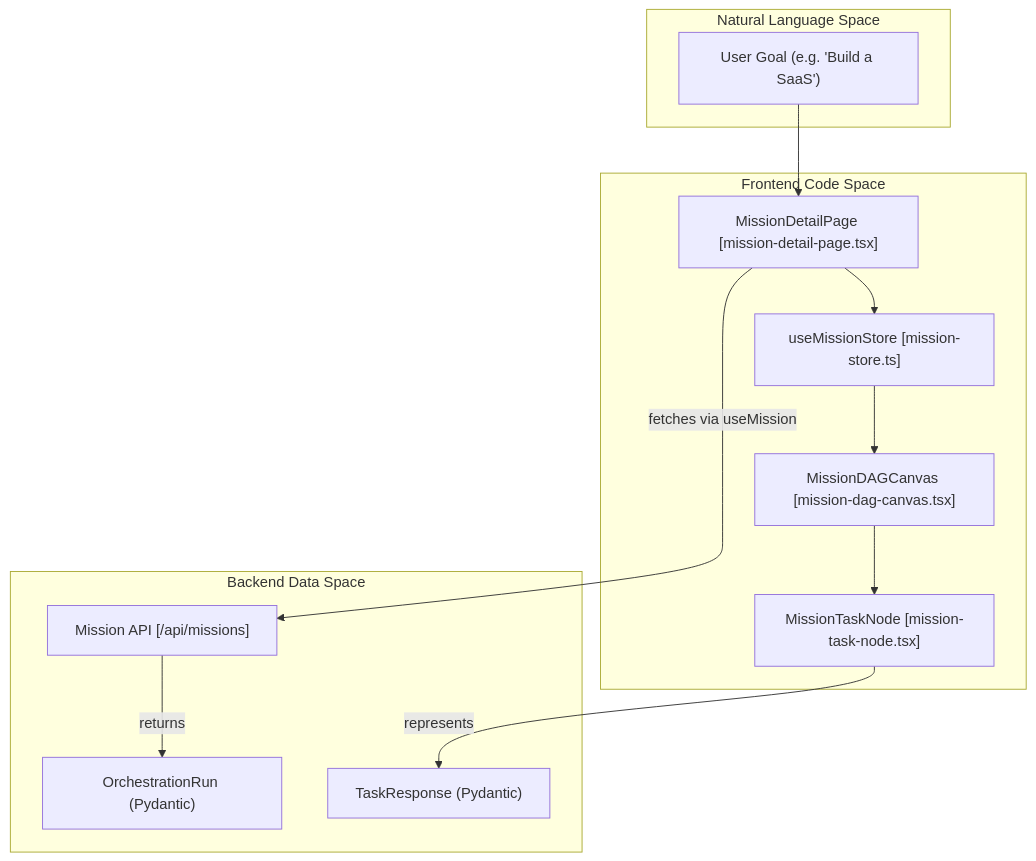
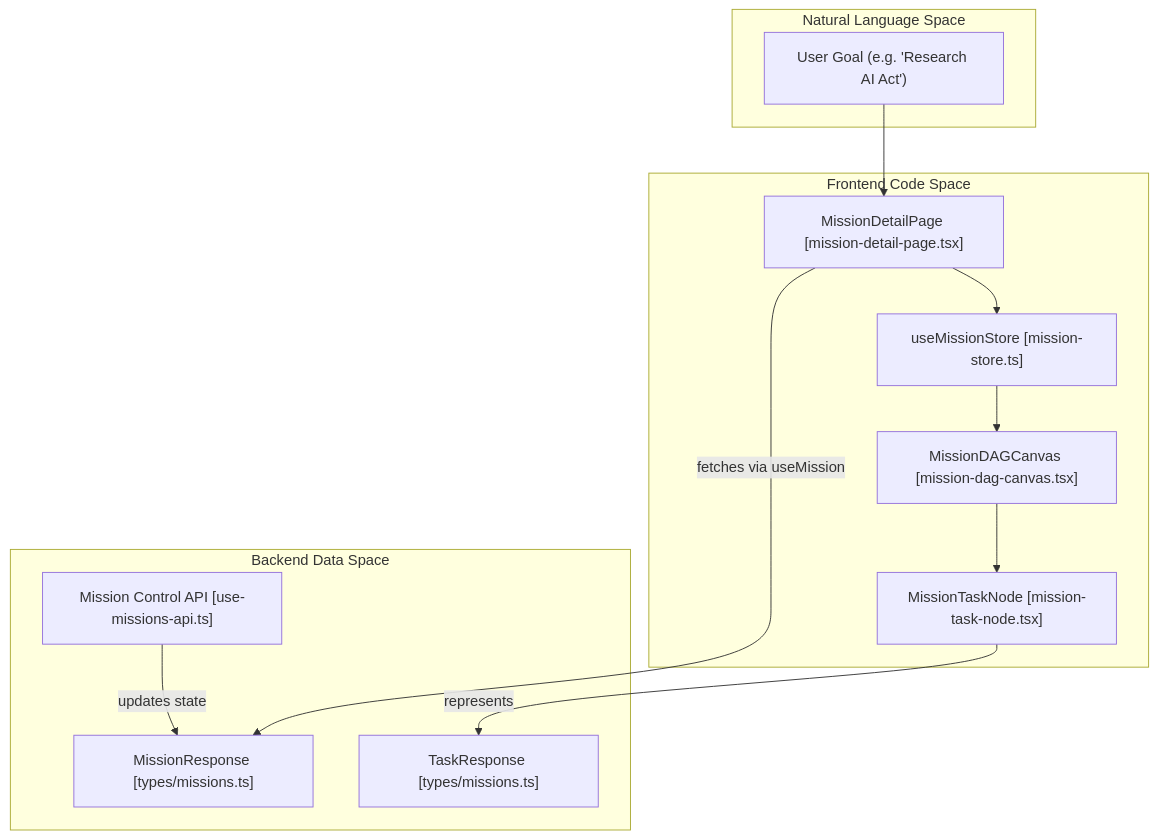
Before and after one commit to AutomatosAI/automatos-ai: the first of 2 diagrams in docs/missions-multi-agent-coordination/mission-ui-human-review.md, drawn with Mermaid. The commit also changed other lines of this file and 153 other files, not shown here.

````diff
--- a/docs/missions-multi-agent-coordination/mission-ui-human-review.md
+++ b/docs/missions-multi-agent-coordination/mission-ui-human-review.md
@@ -80,27 +81,27 @@
 ```mermaid
 graph TD
     subgraph "Natural Language Space"
-        Goal["User Goal (e.g. 'Build a SaaS')"]
+        Goal["User Goal (e.g. 'Research AI Act')"]
     end
 
     subgraph "Frontend Code Space"
         MDP["MissionDetailPage [mission-detail-page.tsx]"]
         MDC["MissionDAGCanvas [mission-dag-canvas.tsx]"]
         MTN["MissionTaskNode [mission-task-node.tsx]"]
         MS["useMissionStore [mission-store.ts]"]
     end
 
     subgraph "Backend Data Space"
-        OR["OrchestrationRun (Pydantic)"]
-        OT["TaskResponse (Pydantic)"]
-        API["Mission API [/api/missions]"]
+        OR["MissionResponse [types/missions.ts]"]
+        OT["TaskResponse [types/missions.ts]"]
+        API["Mission Control API [use-missions-api.ts]"]
     end
 
     Goal --> MDP
     MDP --> MS
     MS --> MDC
     MDC --> MTN
-    MDP -- "fetches via useMission" --> API
-    API -- "returns" --> OR
+    MDP -- "fetches via useMission" --> OR
     MTN -- "represents" --> OT
+    API -- "updates state" --> OR
 ```
````
